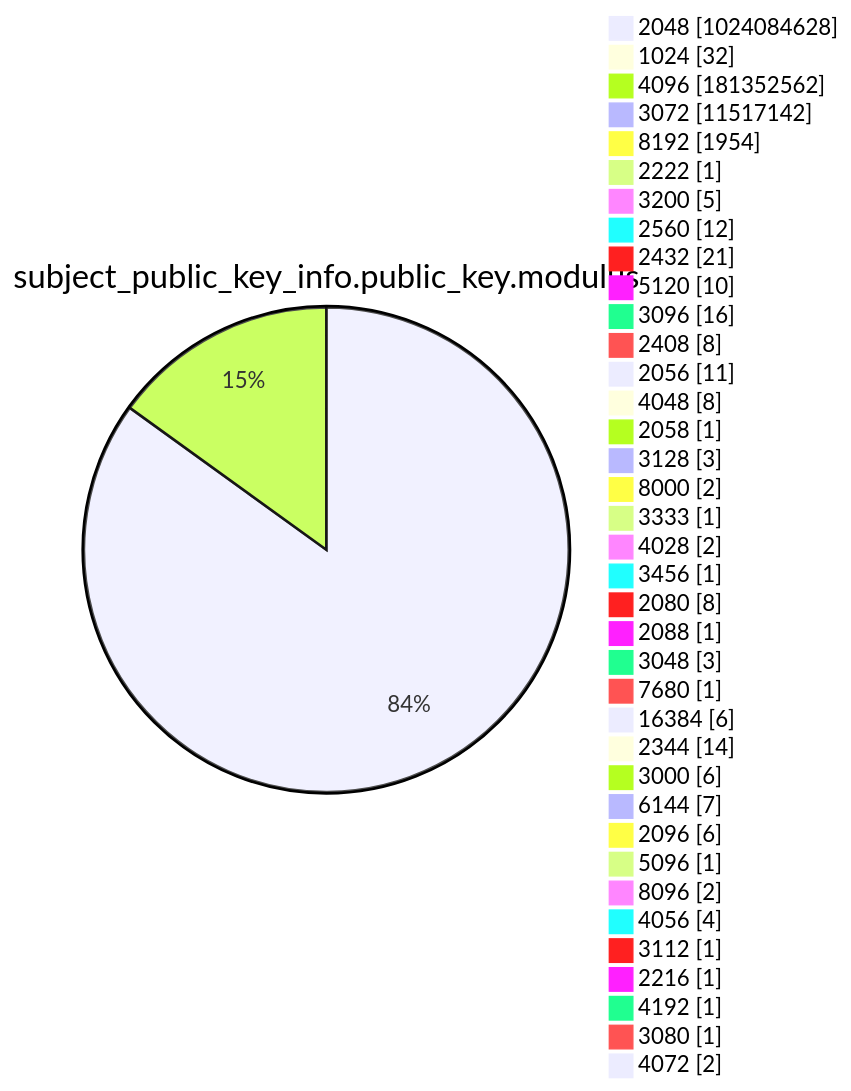
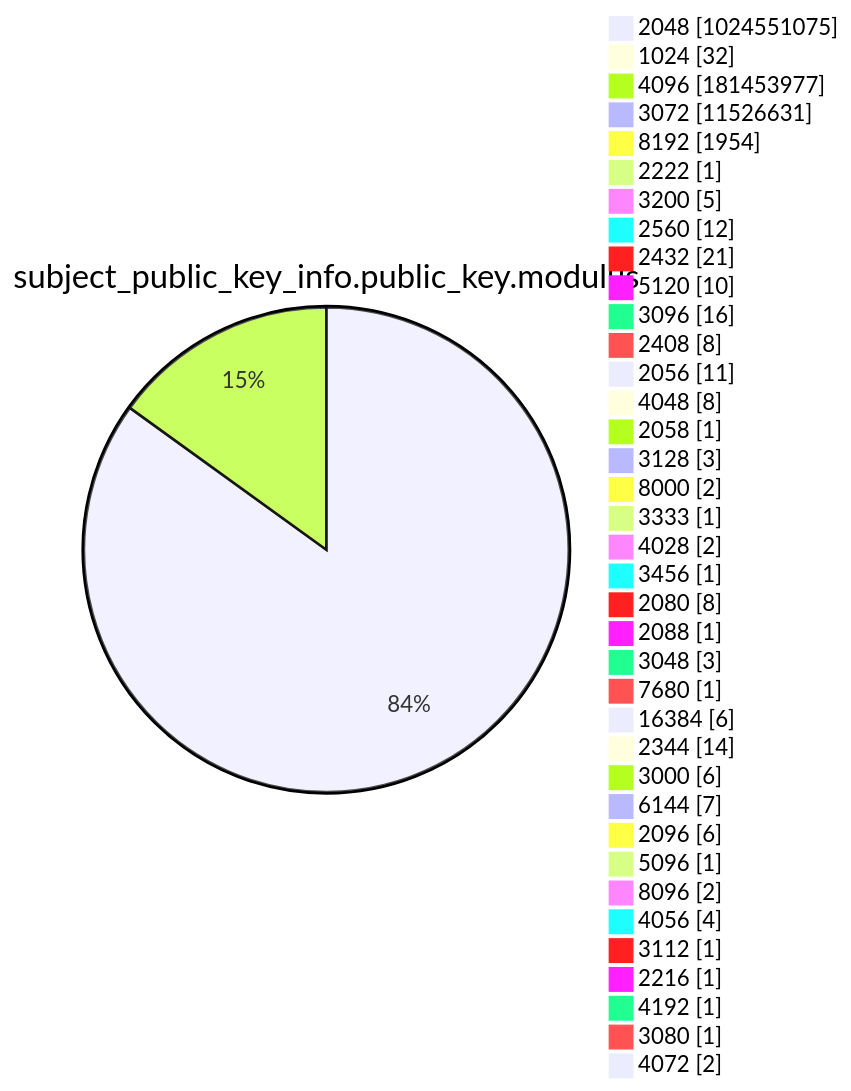
Before and after one commit to christiankrug/ctmonitor_visualization: diagram 13 of 15 in argon2022/README.md, drawn with Mermaid. The commit also changed other lines of this file, not shown here.

````diff
--- a/argon2022/README.md
+++ b/argon2022/README.md
@@ -3588,41 +3588,41 @@
 ```mermaid
 pie showData
 title subject_public_key_info.public_key.modulus
-"2048" :1024084628
+"2048" :1024551075
 "1024" :32
-"4096" :181352562
-"3072" :11517142
+"4096" :181453977
+"3072" :11526631
 "8192" :1954
 "2222" :1
 "3200" :5
 "2560" :12
 "2432" :21
 "5120" :10
 "3096" :16
 "2408" :8
 "2056" :11
 "4048" :8
 "2058" :1
 "3128" :3
 "8000" :2
 "3333" :1
 "4028" :2
 "3456" :1
 "2080" :8
 "2088" :1
 "3048" :3
 "7680" :1
 "16384" :6
 "2344" :14
 "3000" :6
 "6144" :7
 "2096" :6
 "5096" :1
 "8096" :2
 "4056" :4
 "3112" :1
 "2216" :1
 "4192" :1
 "3080" :1
 "4072" :2
 ```
````
